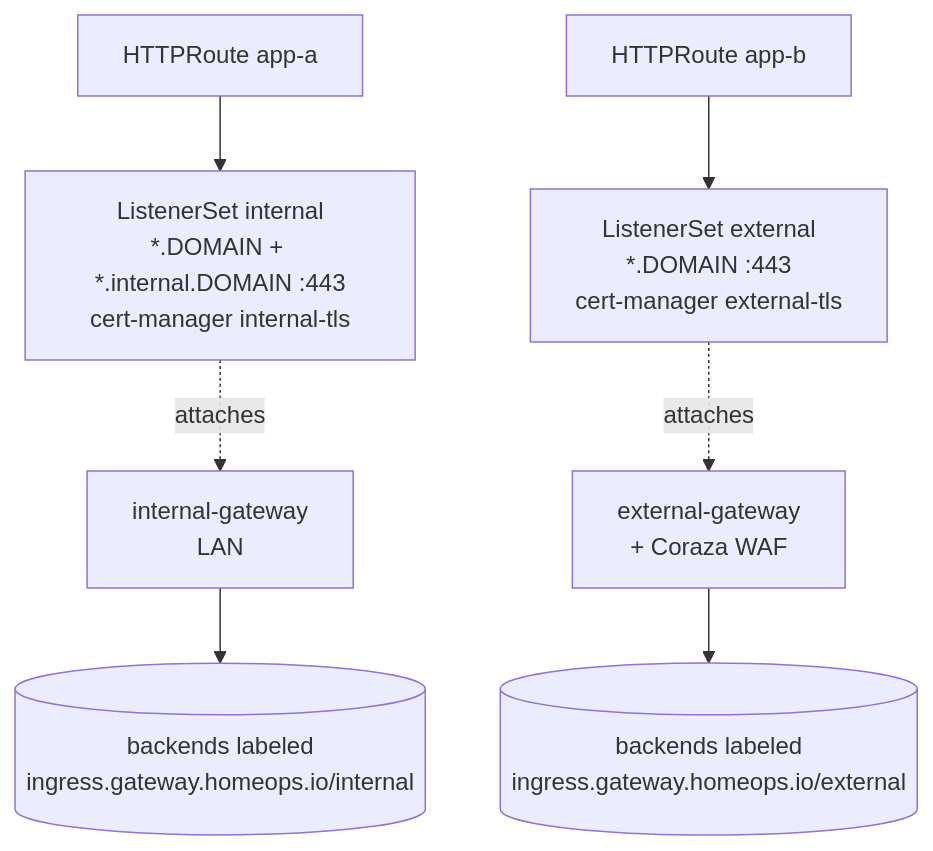
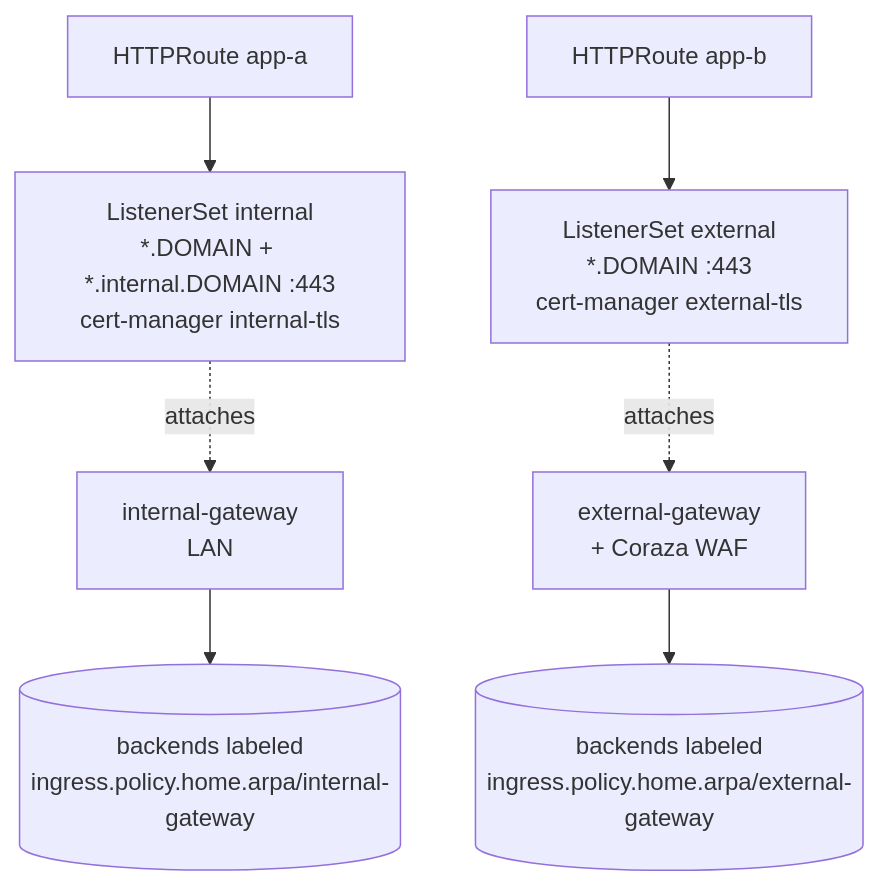
The fifth of 6 diagrams in design/reference-architecture.md (JefeDavis/k8s-HomeOps), drawn with Mermaid before and after one commit. The commit also changed other lines of this file and 33 other files, not shown here.

````diff
--- a/design/reference-architecture.md
+++ b/design/reference-architecture.md
@@ -338,9 +338,9 @@
 ```mermaid
 flowchart TB
   HRa[HTTPRoute app-a] --> LSi
   HRb[HTTPRoute app-b] --> LSe
   LSi["ListenerSet internal<br/>*.DOMAIN + *.internal.DOMAIN :443<br/>cert-manager internal-tls"] -. attaches .-> GI["internal-gateway<br/>LAN"]
   LSe["ListenerSet external<br/>*.DOMAIN :443<br/>cert-manager external-tls"] -. attaches .-> GE["external-gateway<br/>+ Coraza WAF"]
-  GI --> BK[(backends labeled<br/>ingress.gateway.homeops.io/internal)]
-  GE --> BK2[(backends labeled<br/>ingress.gateway.homeops.io/external)]
+  GI --> BK[(backends labeled<br/>ingress.policy.home.arpa/internal-gateway)]
+  GE --> BK2[(backends labeled<br/>ingress.policy.home.arpa/external-gateway)]
 ```
````
